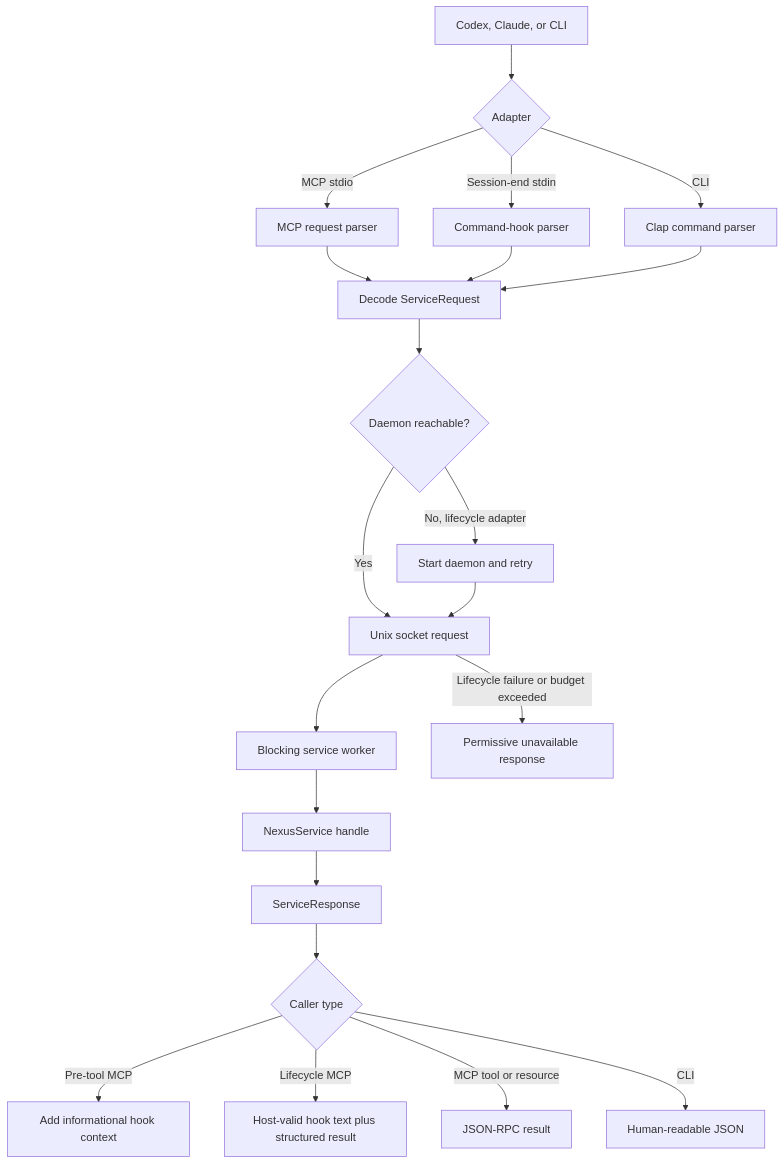
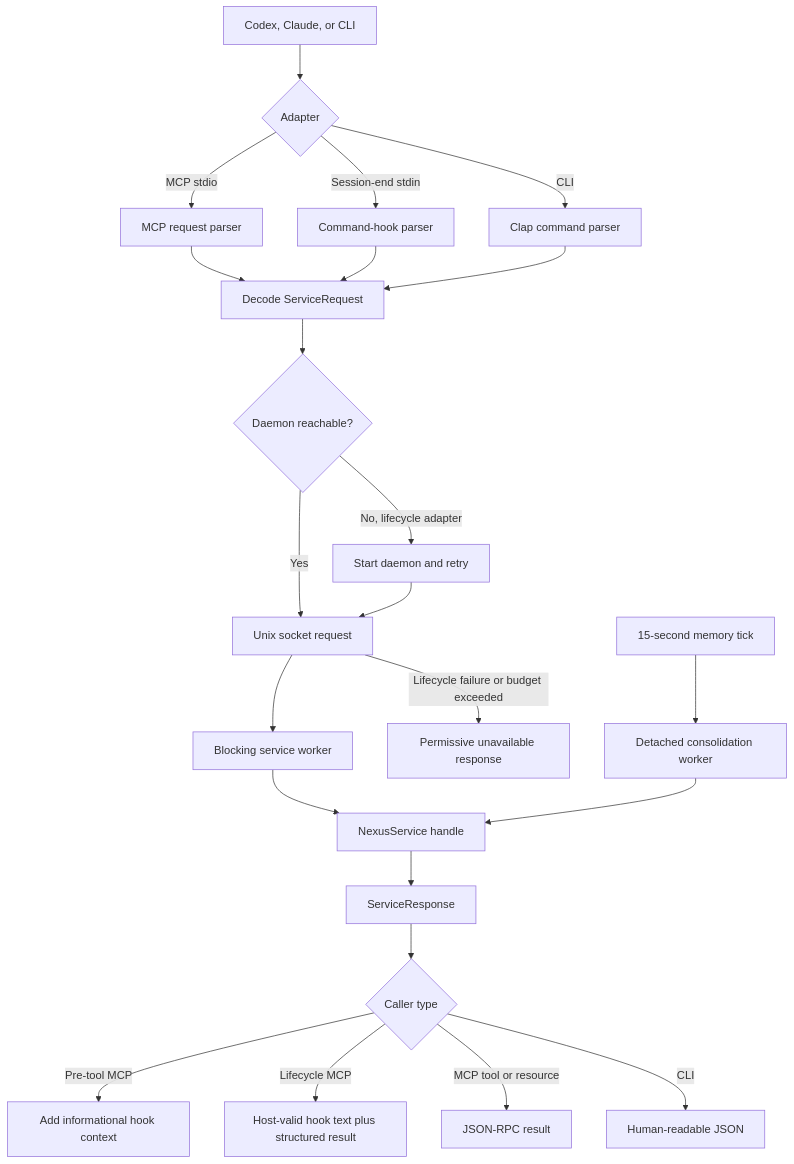
The diagram in docs/features/runtime.md (warrenronsiek/nexus), drawn with Mermaid before and after one commit. The commit also changed other lines of this file and 69 other files, not shown here.

````diff
--- a/docs/features/runtime.md
+++ b/docs/features/runtime.md
@@ -17,23 +17,25 @@
 ```mermaid
 flowchart TD
     A[Codex, Claude, or CLI] --> B{Adapter}
     B -->|MCP stdio| C[MCP request parser]
     B -->|Session-end stdin| P[Command-hook parser]
     B -->|CLI| D[Clap command parser]
     C --> E[Decode ServiceRequest]
     P --> E
     D --> E
     E --> F{Daemon reachable?}
     F -->|No, lifecycle adapter| G[Start daemon and retry]
     F -->|Yes| H[Unix socket request]
     G --> H
     H --> R[Blocking service worker]
     R --> I[NexusService handle]
     I --> J[ServiceResponse]
     J --> K{Caller type}
     K -->|Pre-tool MCP| L[Add informational hook context]
     K -->|Lifecycle MCP| M[Host-valid hook text plus structured result]
     K -->|MCP tool or resource| N[JSON-RPC result]
     K -->|CLI| O[Human-readable JSON]
     H -->|Lifecycle failure or budget exceeded| Q[Permissive unavailable response]
+    T[15-second memory tick] --> U[Detached consolidation worker]
+    U --> I
 ```
````
